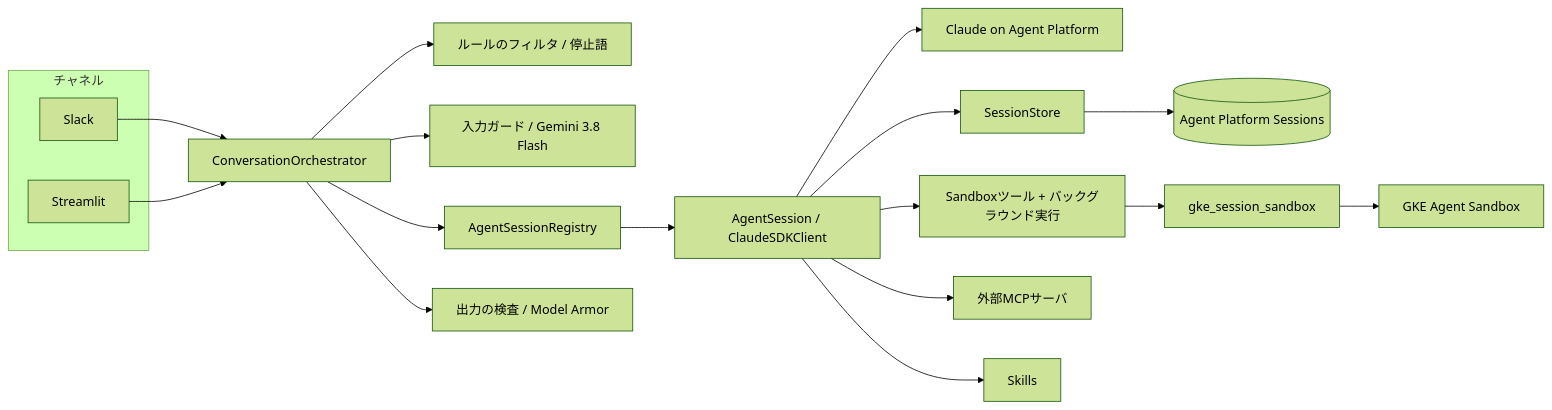
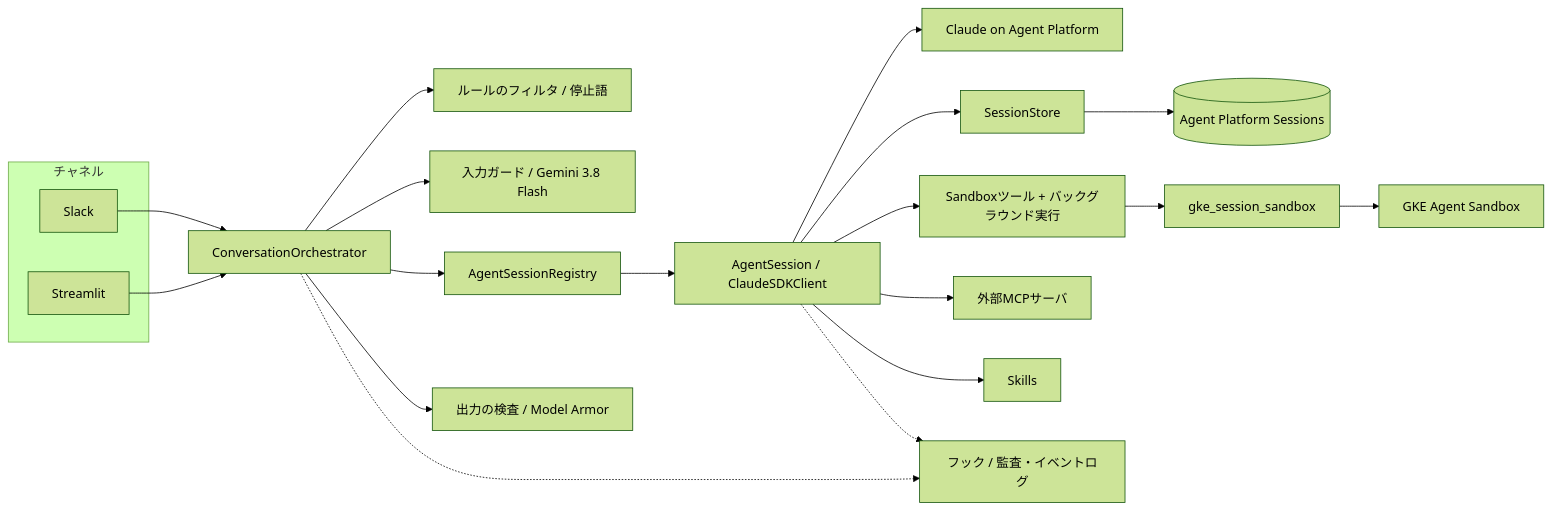
The diagram in README.md (74th/silk-agent), drawn with Mermaid (forest theme) before and after one commit. The commit also changed other lines of this file and 96 other files, not shown here.

````diff
--- a/README.md
+++ b/README.md
@@ -70,18 +71,20 @@
 ```mermaid
 flowchart LR
   subgraph Channels[チャネル]
     S[Slack]
     ST[Streamlit]
   end
   S & ST --> O[ConversationOrchestrator]
   O --> F[ルールのフィルタ / 停止語]
   O --> G[入力ガード / Gemini 3.8 Flash]
   O --> REG[AgentSessionRegistry]
   REG --> R[AgentSession / ClaudeSDKClient]
   R --> CL[Claude on Agent Platform]
   R --> SS[SessionStore] --> AP[(Agent Platform Sessions)]
   R --> MT[Sandboxツール + バックグラウンド実行] --> L[gke_session_sandbox] --> SB[GKE Agent Sandbox]
   R --> EM[外部MCPサーバ]
   R --> SK[Skills]
   O --> OG[出力の検査 / Model Armor]
+  O -.-> HK[フック / 監査・イベントログ]
+  R -.-> HK
 ```
````
